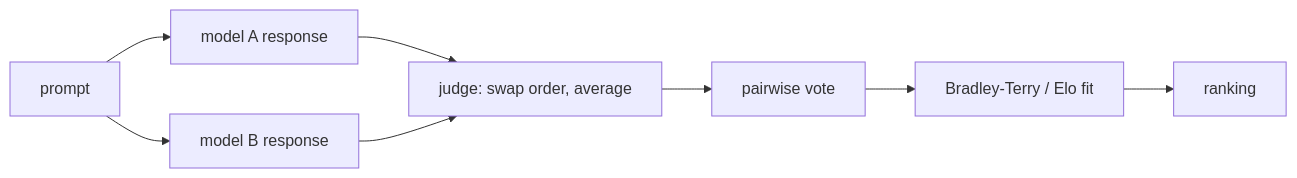
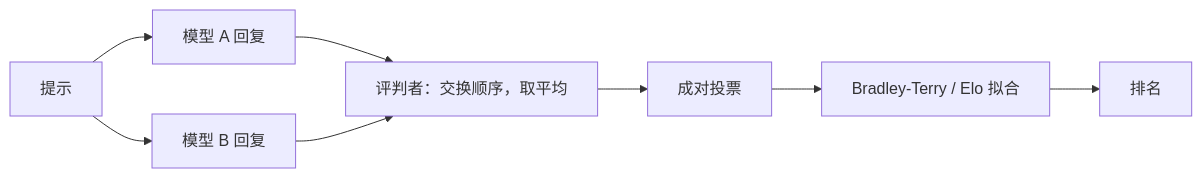
The second of 3 diagrams in zh/p6-evaluation/28-judging-holistic.qmd (latere-ai/ai-as-an-infrastructure), drawn with Mermaid before and after one commit. The commit also changed other lines of this file and 73 other files, not shown here.

First line of the commit message:
book: add concept diagrams across all chapters, bilingual

````diff
--- a/zh/p6-evaluation/28-judging-holistic.qmd
+++ b/zh/p6-evaluation/28-judging-holistic.qmd
@@ -36,10 +68,12 @@
 ```{mermaid}
+%%| label: fig-judging-holistic-arena
+%%| fig-cap: "竞技场式排名：每个提示产出两份回复，一个位置交换的评判者投出一张成对票，对大量投票做 Bradley-Terry 或 Elo 拟合便复原出单一排名。"
 flowchart LR
-  P[prompt] --> A[model A response]
-  P --> B[model B response]
-  A --> J[judge: swap order, average]
+  P[提示] --> A[模型 A 回复]
+  P --> B[模型 B 回复]
+  A --> J["评判者：交换顺序，取平均"]
   B --> J
-  J --> V[pairwise vote]
-  V --> E[Bradley-Terry / Elo fit]
-  E --> R[ranking]
+  J --> V[成对投票]
+  V --> E["Bradley-Terry / Elo 拟合"]
+  E --> R[排名]
 ```
````
